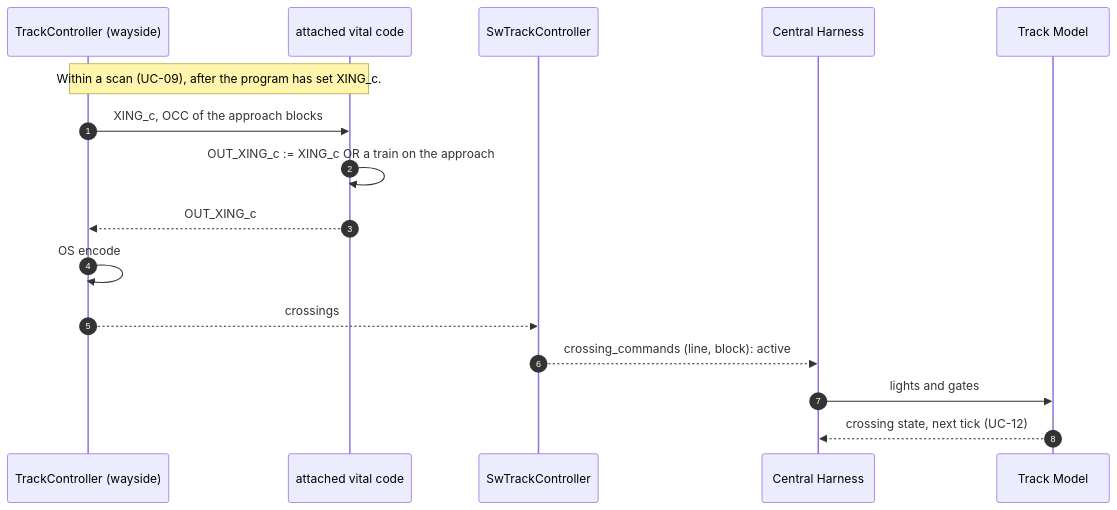
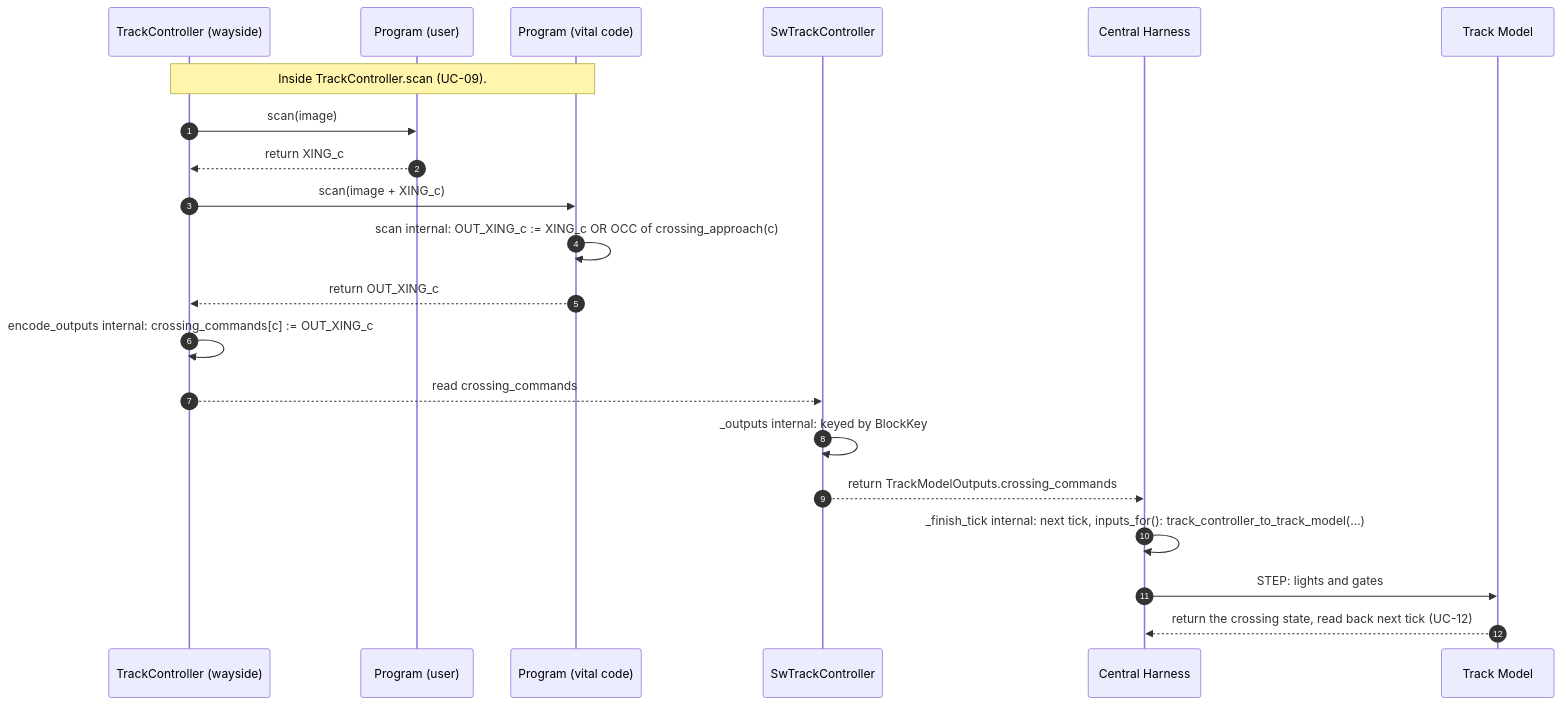
One commit to Landiss04/Track-Overflow changed the diagram in documents/uml/track_ctrl_sw/sequence/sd15_control_railway_crossings.mmd. Above: the diagram before and after it, drawn with Mermaid. The commit also changed 65 other files, not shown here.

```diff
--- a/documents/uml/track_ctrl_sw/sequence/sd15_control_railway_crossings.mmd
+++ b/documents/uml/track_ctrl_sw/sequence/sd15_control_railway_crossings.mmd
@@ -1,16 +1,21 @@
 sequenceDiagram
     autonumber
     participant W as TrackController (wayside)
-    participant V as attached vital code
+    participant U as Program (user)
+    participant V as Program (vital code)
     participant M as SwTrackController
     participant H as Central Harness
     participant TM as Track Model
-    Note over W,V: Within a scan (UC-09), after the program has set XING_c.
-    W->>V: XING_c, OCC of the approach blocks
-    V->>V: OUT_XING_c := XING_c OR a train on the approach
-    V-->>W: OUT_XING_c
-    W->>W: OS encode
-    W-->>M: crossings
-    M-->>H: crossing_commands (line, block): active
-    H->>TM: lights and gates
-    TM-->>H: crossing state, next tick (UC-12)
+    Note over W,V: Inside TrackController.scan (UC-09).
+    W->>U: scan(image)
+    U-->>W: return XING_c
+    W->>V: scan(image + XING_c)
+    V->>V: scan internal: OUT_XING_c := XING_c OR OCC of crossing_approach(c)
+    V-->>W: return OUT_XING_c
+    W->>W: encode_outputs internal: crossing_commands[c] := OUT_XING_c
+    W-->>M: read crossing_commands
+    M->>M: _outputs internal: keyed by BlockKey
+    M-->>H: return TrackModelOutputs.crossing_commands
+    H->>H: _finish_tick internal: next tick, inputs_for(): track_controller_to_track_model(...)
+    H->>TM: STEP: lights and gates
+    TM-->>H: return the crossing state, read back next tick (UC-12)
```
